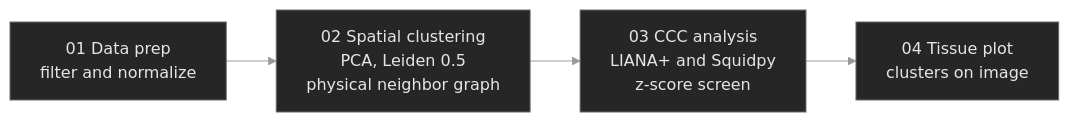
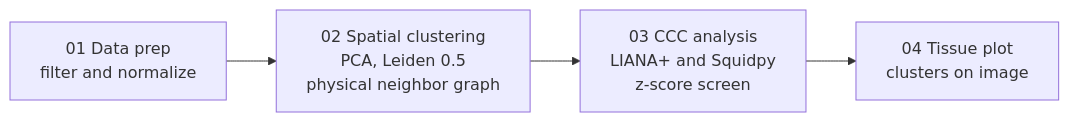
The second of 2 diagrams in README.md (Eswar-mse/Spatially-Constrained-CCC), drawn with Mermaid before and after one commit. The commit also changed other lines of this file, not shown here.

````diff
--- a/README.md
+++ b/README.md
@@ -83,7 +82,6 @@
 ```mermaid
-%%{init: {'theme':'base','themeVariables':{'primaryColor':'#262626','primaryTextColor':'#e6e6e6','primaryBorderColor':'#6b6b6b','lineColor':'#9a9a9a','fontFamily':'Segoe UI, sans-serif'}}}%%
 flowchart LR
-    A[01 Data prep<br/>filter and normalize] --> B[02 Spatial clustering<br/>PCA, Leiden 0.5<br/>physical neighbor graph]
-    B --> C[03 CCC analysis<br/>LIANA+ and Squidpy<br/>z-score screen]
-    C --> D[04 Tissue plot<br/>clusters on image]
+    A["01 Data prep<br/>filter and normalize"] --> B["02 Spatial clustering<br/>PCA, Leiden 0.5<br/>physical neighbor graph"]
+    B --> C["03 CCC analysis<br/>LIANA+ and Squidpy<br/>z-score screen"]
+    C --> D["04 Tissue plot<br/>clusters on image"]
 ```
````
